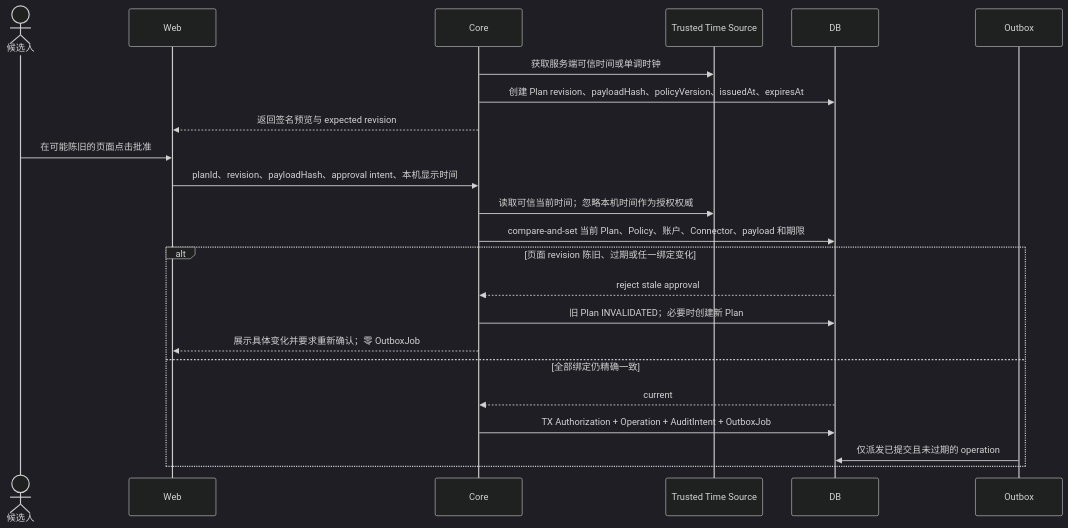
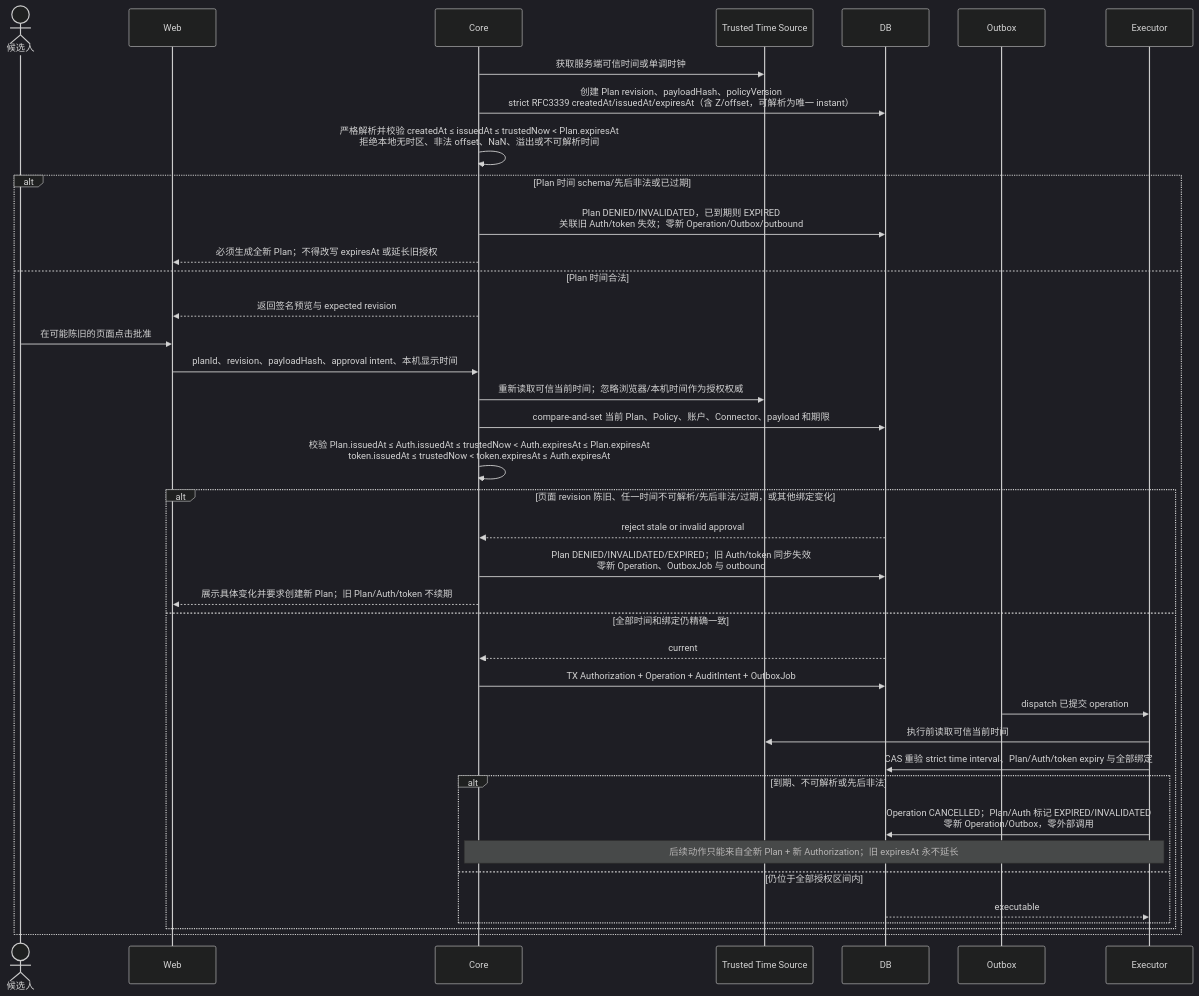
One commit to AnnCYW-cm/rolefox changed the sixth of 24 diagrams in docs/product/uml/05-sequence-flows.md. Above: the diagram before and after it, drawn with Mermaid (dark theme). The commit also changed other lines of this file and 22 other files, not shown here.

Commit message:
docs: accept v0.1 product and UML baseline

````diff
--- a/docs/product/uml/05-sequence-flows.md
+++ b/docs/product/uml/05-sequence-flows.md
@@ -294,27 +325,44 @@
 ```mermaid
 sequenceDiagram
     actor User as 候选人
     participant Web
     participant Core
     participant Clock as Trusted Time Source
     participant DB
     participant Outbox
+    participant Executor
 
     Core->>Clock: 获取服务端可信时间或单调时钟
-    Core->>DB: 创建 Plan revision、payloadHash、policyVersion、issuedAt、expiresAt
-    Core-->>Web: 返回签名预览与 expected revision
-    User->>Web: 在可能陈旧的页面点击批准
-    Web->>Core: planId、revision、payloadHash、approval intent、本机显示时间
-    %% @anchor STALE_UI_TRUSTED_TIME
-    Core->>Clock: 读取可信当前时间；忽略本机时间作为授权权威
-    Core->>DB: compare-and-set 当前 Plan、Policy、账户、Connector、payload 和期限
-    alt 页面 revision 陈旧、过期或任一绑定变化
-        DB-->>Core: reject stale approval
-        Core->>DB: 旧 Plan INVALIDATED；必要时创建新 Plan
-        Core-->>Web: 展示具体变化并要求重新确认；零 OutboxJob
-    else 全部绑定仍精确一致
-        DB-->>Core: current
-        Core->>DB: TX Authorization + Operation + AuditIntent + OutboxJob
-        Outbox->>DB: 仅派发已提交且未过期的 operation
+    Core->>DB: 创建 Plan revision、payloadHash、policyVersion<br/>strict RFC3339 createdAt/issuedAt/expiresAt（含 Z/offset，可解析为唯一 instant）
+    %% @anchor AUTH_STRICT_TIME_INTERVAL
+    Core->>Core: 严格解析并校验 createdAt ≤ issuedAt ≤ trustedNow < Plan.expiresAt<br/>拒绝本地无时区、非法 offset、NaN、溢出或不可解析时间
+    alt Plan 时间 schema/先后非法或已过期
+        Core->>DB: Plan DENIED/INVALIDATED，已到期则 EXPIRED<br/>关联旧 Auth/token 失效；零新 Operation/Outbox/outbound
+        Core-->>Web: 必须生成全新 Plan；不得改写 expiresAt 或延长旧授权
+    else Plan 时间合法
+        Core-->>Web: 返回签名预览与 expected revision
+        User->>Web: 在可能陈旧的页面点击批准
+        Web->>Core: planId、revision、payloadHash、approval intent、本机显示时间
+        %% @anchor STALE_UI_TRUSTED_TIME
+        Core->>Clock: 重新读取可信当前时间；忽略浏览器/本机时间作为授权权威
+        Core->>DB: compare-and-set 当前 Plan、Policy、账户、Connector、payload 和期限
+        Core->>Core: 校验 Plan.issuedAt ≤ Auth.issuedAt ≤ trustedNow < Auth.expiresAt ≤ Plan.expiresAt<br/>token.issuedAt ≤ trustedNow < token.expiresAt ≤ Auth.expiresAt
+        alt 页面 revision 陈旧、任一时间不可解析/先后非法/过期，或其他绑定变化
+            DB-->>Core: reject stale or invalid approval
+            Core->>DB: Plan DENIED/INVALIDATED/EXPIRED；旧 Auth/token 同步失效<br/>零新 Operation、OutboxJob 与 outbound
+            Core-->>Web: 展示具体变化并要求创建新 Plan；旧 Plan/Auth/token 不续期
+        else 全部时间和绑定仍精确一致
+            DB-->>Core: current
+            Core->>DB: TX Authorization + Operation + AuditIntent + OutboxJob
+            Outbox->>Executor: dispatch 已提交 operation
+            Executor->>Clock: 执行前读取可信当前时间
+            Executor->>DB: CAS 重验 strict time interval、Plan/Auth/token expiry 与全部绑定
+            alt 到期、不可解析或先后非法
+                Executor->>DB: Operation CANCELLED；Plan/Auth 标记 EXPIRED/INVALIDATED<br/>零新 Operation/Outbox，零外部调用
+                Note over Executor,Core: 后续动作只能来自全新 Plan + 新 Authorization；旧 expiresAt 永不延长
+            else 仍位于全部授权区间内
+                DB-->>Executor: executable
+            end
+        end
     end
 ```
````
